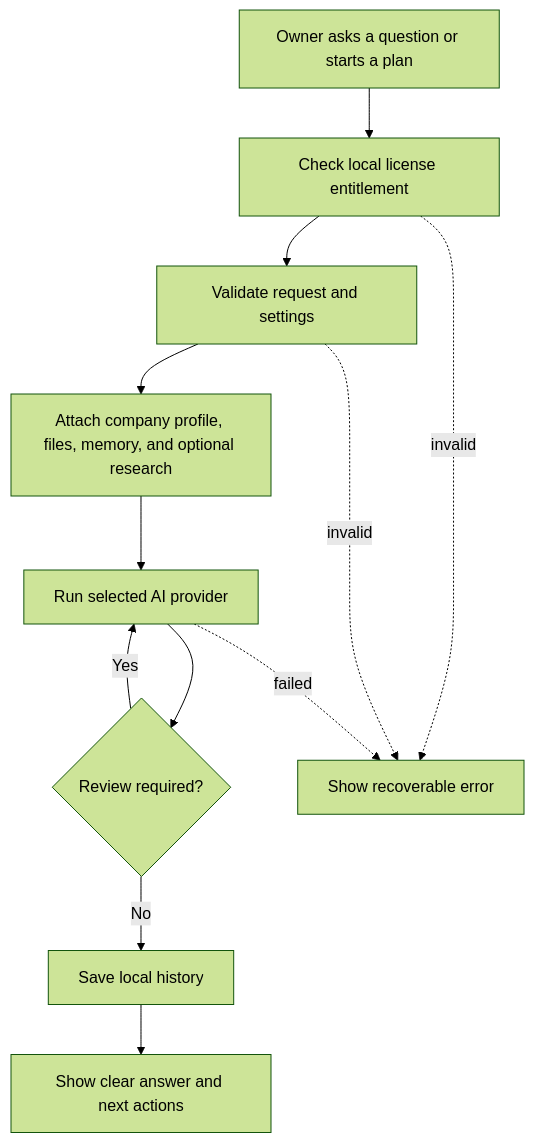
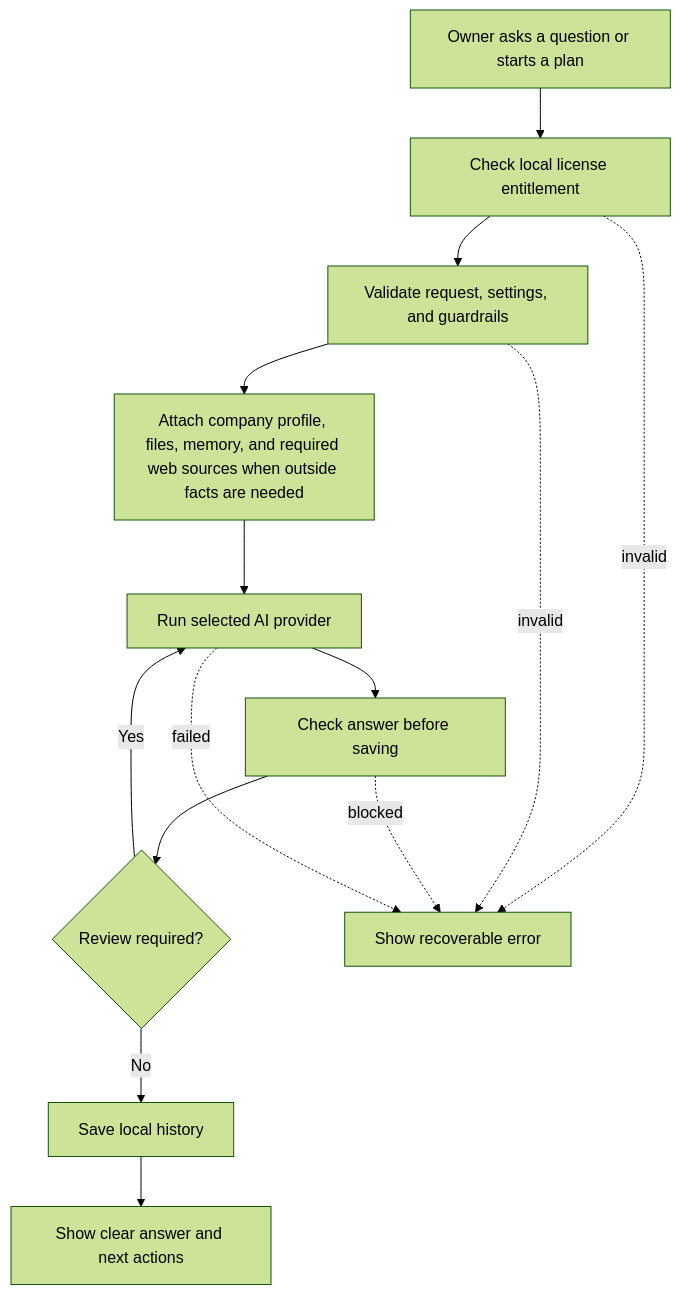
The first of 2 diagrams in docs/AGENT_ORCHESTRATION.md (Afnanksalal/co-op), drawn with Mermaid (forest theme) before and after one commit. The commit also changed other lines of this file and 69 other files, not shown here.

First line of the commit message:
Add runtime guardrails, memory; drop shell plugin

````diff
--- a/docs/AGENT_ORCHESTRATION.md
+++ b/docs/AGENT_ORCHESTRATION.md
@@ -22,24 +22,27 @@
 ```mermaid
 flowchart TD
   Ask["Owner asks a question or starts a plan"]
   License["Check local license entitlement"]
-  Validate["Validate request and settings"]
-  Context["Attach company profile, files, memory, and optional research"]
+  Validate["Validate request, settings, and guardrails"]
+  Context["Attach company profile, files, memory, and required web sources when outside facts are needed"]
   Provider["Run selected AI provider"]
+  OutputGate["Check answer before saving"]
   Review{"Review required?"}
   Save["Save local history"]
   Result["Show clear answer and next actions"]
   Error["Show recoverable error"]
 
   Ask --> License
   License --> Validate
   Validate --> Context
   Context --> Provider
-  Provider --> Review
+  Provider --> OutputGate
+  OutputGate --> Review
   Review -- "No" --> Save
   Review -- "Yes" --> Provider
   Save --> Result
   License -. "invalid" .-> Error
   Validate -. "invalid" .-> Error
+  OutputGate -. "blocked" .-> Error
   Provider -. "failed" .-> Error
 ```
````
